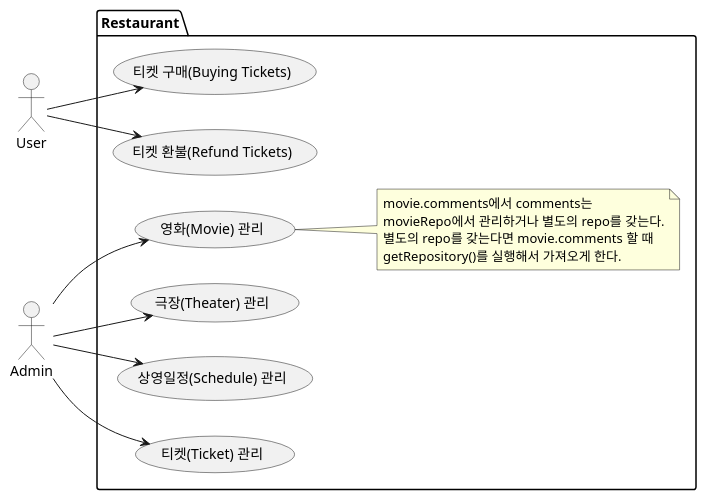
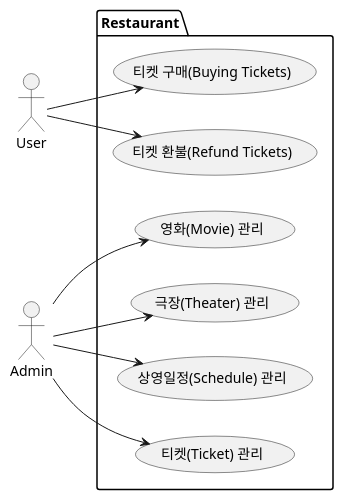
One commit to hunjuly/nestjs changed the diagram in docs/use-case.md. Above: the diagram before and after it, drawn with PlantUML.

````diff
--- a/docs/use-case.md
+++ b/docs/use-case.md
@@ -9,31 +16,25 @@
 ```plantuml
 @startuml
 left to right direction
 skinparam shadowing false
 
 actor User as user
 actor Admin as admin
 
 package Restaurant {
   usecase "티켓 구매(Buying Tickets)" as buy
   usecase "티켓 환불(Refund Tickets)" as refund
   usecase "영화(Movie) 관리" as movie
-note right
-movie.comments에서 comments는
-movieRepo에서 관리하거나 별도의 repo를 갖는다.
-별도의 repo를 갖는다면 movie.comments 할 때
-getRepository()를 실행해서 가져오게 한다.
-end note
   usecase "극장(Theater) 관리" as theater
   usecase "상영일정(Schedule) 관리" as schedule
   usecase "티켓(Ticket) 관리" as ticket
 }
 
 user -->  buy
 user -->  refund
 admin -->  movie
 admin -->  theater
 admin -->  schedule
 admin -->  ticket
 @enduml
 ```
````
